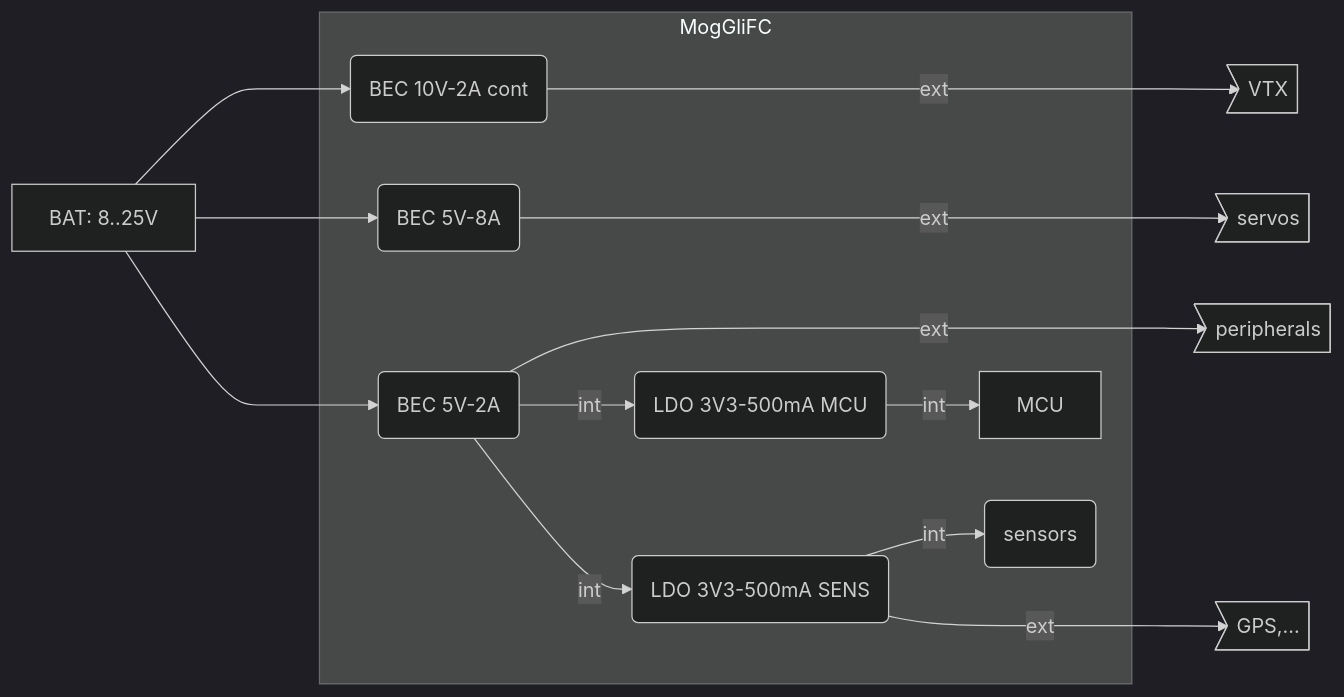
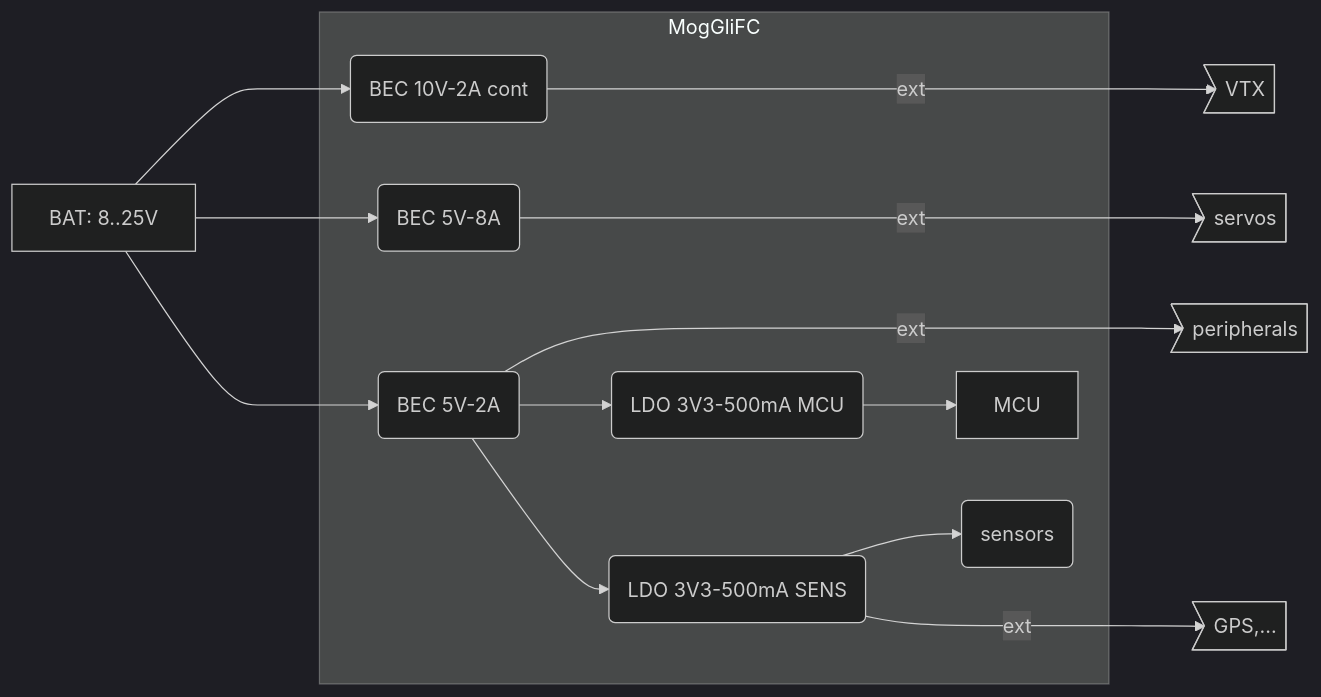
Before and after one commit to MomoRC-tech/MoGliFC-Flight-Controller: the diagram in README.md, drawn with Mermaid (dark theme).

````diff
--- a/README.md
+++ b/README.md
@@ -50,28 +50,27 @@
 ```mermaid
 flowchart LR
     A[BAT: 8..25V] ---> B(BEC 10V-2A cont)
 
     B ---->|ext| C>VTX]
     A ---> H(BEC 5V-8A)
     A ---> D(BEC 5V-2A)
 
     H ----> |ext| I>servos]
     D ----> |ext| E>peripherals]
-    D --> |int| F(LDO 3V3-500mA MCU)  
-    F --> |int| J[MCU]
-    D --> |int| G(LDO 3V3-500mA SENS)
-    G --> |int| K(sensors)
+    D --> F(LDO 3V3-500mA MCU)  
+    F --> J[MCU]
+    D --> G(LDO 3V3-500mA SENS)
+    G --> K(sensors)
     G ---> |ext| L>GPS,...]
-
 
     subgraph MogGliFC
         B(BEC 10V-2A cont)
         H(BEC 5V-8A)
         D(BEC 5V-2A)
         F(LDO 3V3-500mA MCU)
         G(LDO 3V3-500mA SENS)
         J[MCU]
         K(sensors)
     end
 
 ```
````
